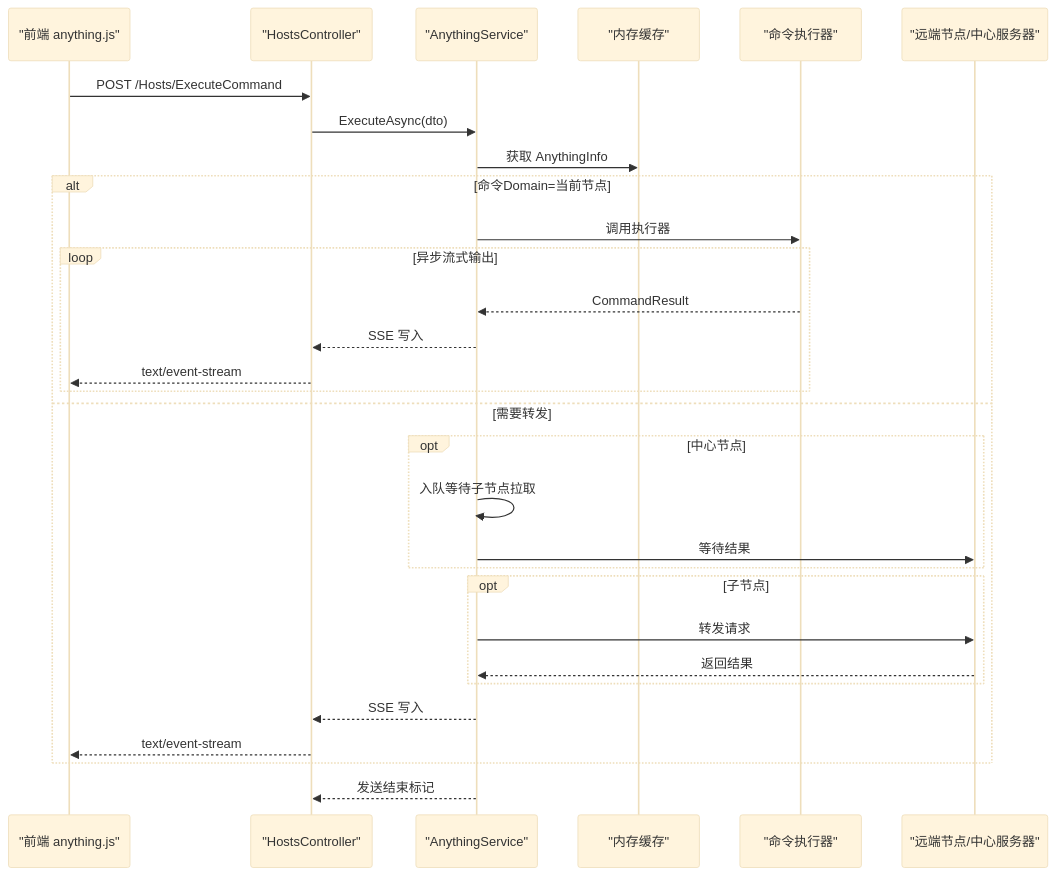
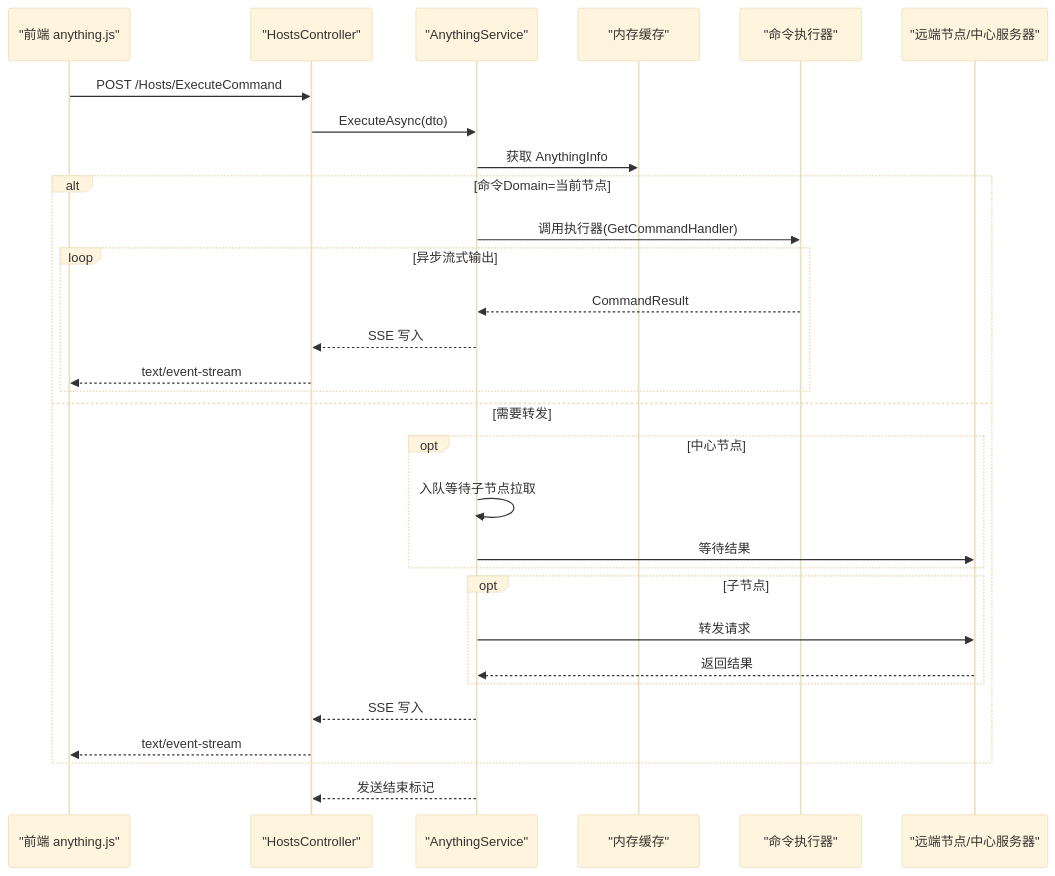
Before and after one commit to Sosososolong/AirGo: the fifth of 9 diagrams in .qoder/repowiki/zh/content/项目概述/核心特性/远程主机管理/AnythingService 核心功能.md, drawn with Mermaid (base theme). The commit also changed other lines of this file and 7 other files, not shown here.

````diff
--- a/.qoder/repowiki/zh/content/项目概述/核心特性/远程主机管理/AnythingService 核心功能.md
+++ b/.qoder/repowiki/zh/content/项目概述/核心特性/远程主机管理/AnythingService 核心功能.md
@@ -251,32 +276,32 @@
 ```mermaid
 sequenceDiagram
 participant FE as "前端 anything.js"
 participant CTRL as "HostsController"
 participant SVC as "AnythingService"
 participant CACHE as "内存缓存"
 participant EXEC as "命令执行器"
 participant REM as "远端节点/中心服务器"
 FE->>CTRL : POST /Hosts/ExecuteCommand
 CTRL->>SVC : ExecuteAsync(dto)
 SVC->>CACHE : 获取 AnythingInfo
 alt 命令Domain=当前节点
-SVC->>EXEC : 调用执行器
+SVC->>EXEC : 调用执行器(GetCommandHandler)
 loop 异步流式输出
 EXEC-->>SVC : CommandResult
 SVC-->>CTRL : SSE 写入
 CTRL-->>FE : text/event-stream
 end
 else 需要转发
 opt 中心节点
 SVC->>SVC : 入队等待子节点拉取
 SVC->>REM : 等待结果
 end
 opt 子节点
 SVC->>REM : 转发请求
 REM-->>SVC : 返回结果
 end
 SVC-->>CTRL : SSE 写入
 CTRL-->>FE : text/event-stream
 end
 SVC-->>CTRL : 发送结束标记
 ```
````
